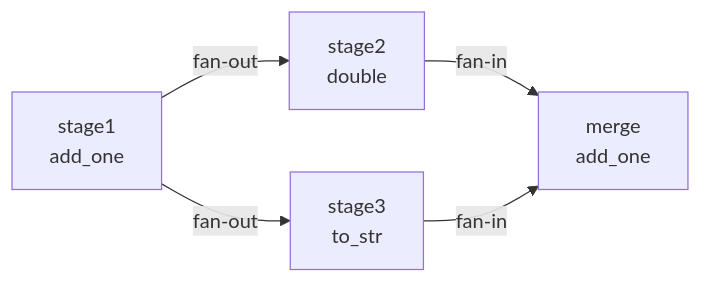
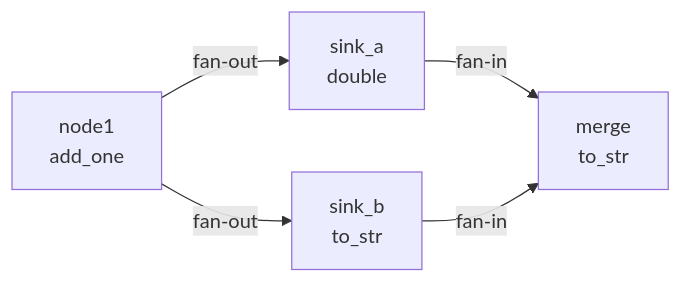
The diagram in docs/zh-CN/tests/graph/test_graph.md (Mr-xiaotian/CelestialFlow), drawn with Mermaid before and after one commit. The commit also changed other lines of this file and 100 other files, not shown here.

````diff
--- a/docs/zh-CN/tests/graph/test_graph.md
+++ b/docs/zh-CN/tests/graph/test_graph.md
@@ -35,7 +35,7 @@
 ```mermaid
 graph LR
-    A[stage1<br/>add_one] -->|fan-out| B[stage2<br/>double]
-    A -->|fan-out| C[stage3<br/>to_str]
-    B -->|fan-in| D[merge<br/>add_one]
+    A[node1<br/>add_one] -->|fan-out| B[sink_a<br/>double]
+    A -->|fan-out| C[sink_b<br/>to_str]
+    B -->|fan-in| D[merge<br/>to_str]
     C -->|fan-in| D
 ```
````
